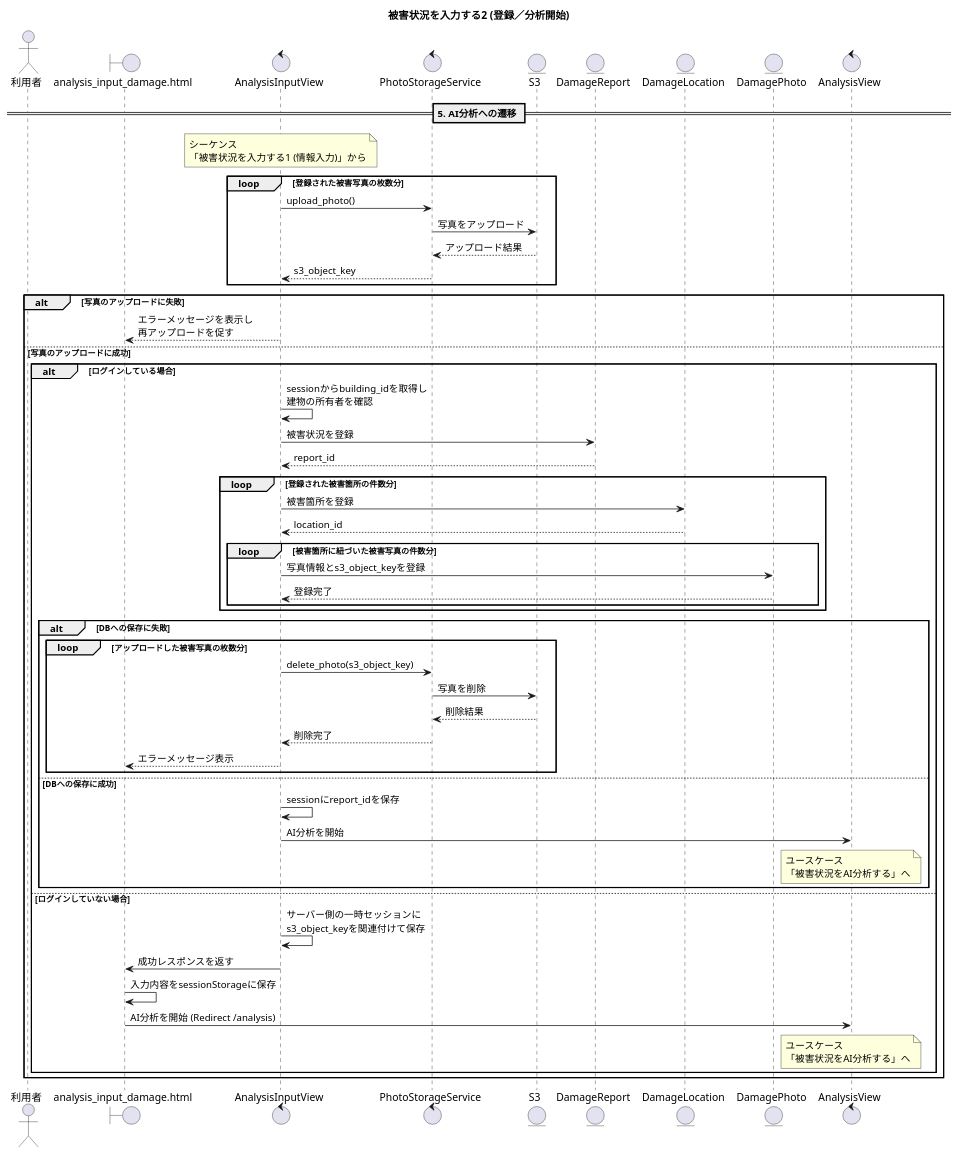
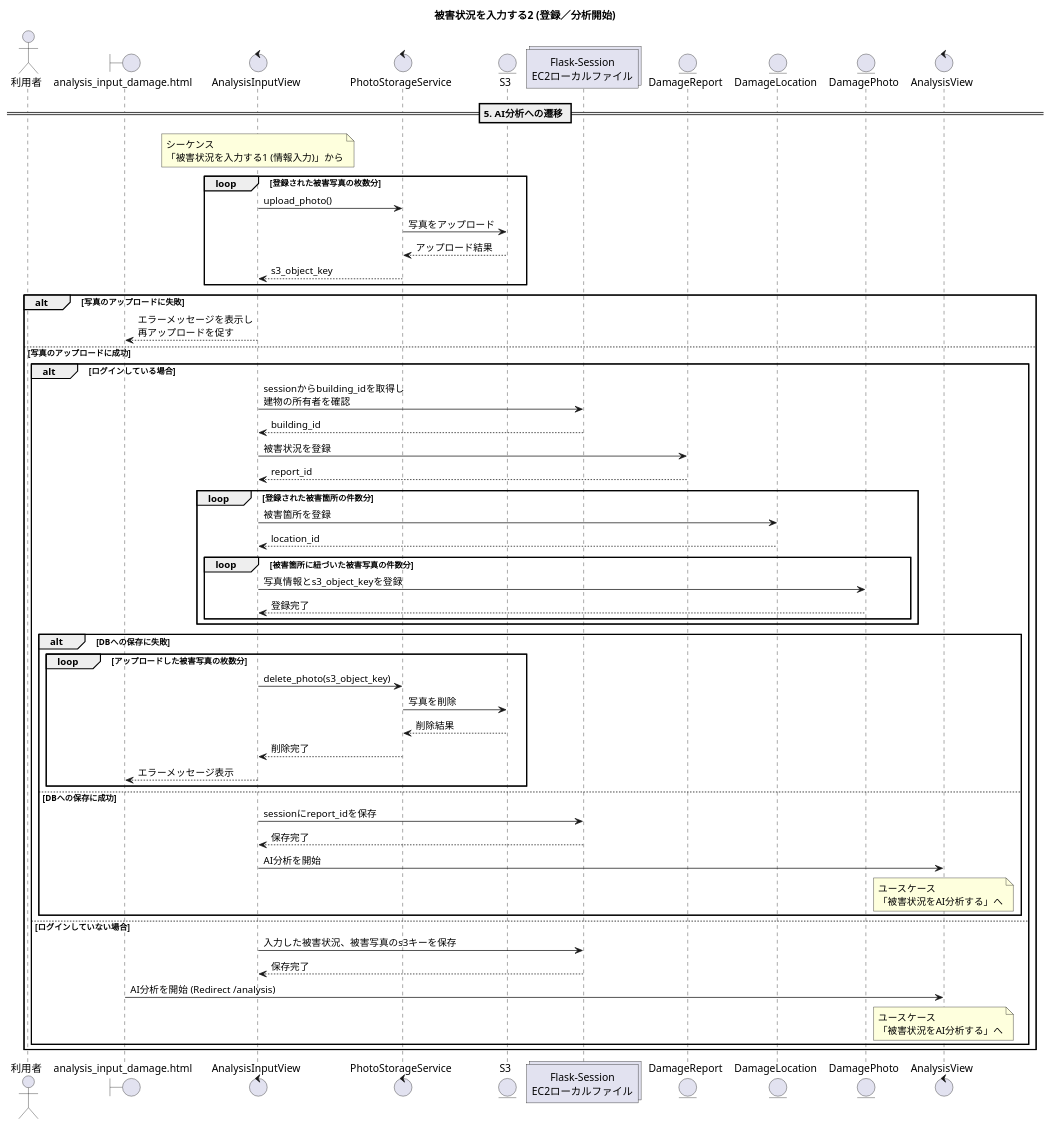
One commit to Kotarou-Tanoue/tanouesoftware changed the fifth of 17 diagrams in 20_システム設計書/図24_シーケンス.puml. Above: the diagram before and after it, drawn with PlantUML. The commit also changed other lines of this file and 3 other files, not shown here.

```diff
--- a/20_システム設計書/図24_シーケンス.puml
+++ b/20_システム設計書/図24_シーケンス.puml
@@ -272,59 +281,61 @@
 @startuml 被害状況を入力する_2
     title 被害状況を入力する2 (登録／分析開始)
 
     actor "利用者" as a1
     boundary "analysis_input_damage.html" as b1
     control "AnalysisInputView" as c1
     control "PhotoStorageService" as s1
     entity "S3" as S3
+    collections "Flask-Session\nEC2ローカルファイル" as sess
     entity "DamageReport" as e1
     entity "DamageLocation" as e2
     entity "DamagePhoto" as e3
     control "AnalysisView" as c2
 
     == 5. AI分析への遷移 ==
     note over c1 : シーケンス\n「被害状況を入力する1 (情報入力)」から
     loop 登録された被害写真の枚数分
         c1 -> s1 : upload_photo()
         s1 -> S3 : 写真をアップロード
         S3 --> s1 : アップロード結果
         s1 --> c1 : s3_object_key
     end
     alt 写真のアップロードに失敗
         c1 --> b1 : エラーメッセージを表示し\n再アップロードを促す
     else 写真のアップロードに成功
         alt ログインしている場合
-            c1 -> c1 : sessionからbuilding_idを取得し\n建物の所有者を確認
+            c1 -> sess : sessionからbuilding_idを取得し\n建物の所有者を確認
+            sess --> c1 : building_id
             c1 -> e1 : 被害状況を登録
             e1 --> c1 : report_id
 
             loop 登録された被害箇所の件数分
                 c1 -> e2 : 被害箇所を登録
                 e2 --> c1 : location_id
                 loop 被害箇所に紐づいた被害写真の件数分
                     c1 -> e3 : 写真情報とs3_object_keyを登録
                     e3 --> c1 : 登録完了
                 end
             end
             alt DBへの保存に失敗
                 loop アップロードした被害写真の枚数分
                     c1 -> s1 : delete_photo(s3_object_key)
                     s1 -> S3 : 写真を削除
                     S3 --> s1 : 削除結果
                     s1 --> c1 : 削除完了
                     c1 --> b1 : エラーメッセージ表示
                 end
             else DBへの保存に成功
-                c1 -> c1 : sessionにreport_idを保存
+                c1 -> sess : sessionにreport_idを保存
+                sess --> c1 : 保存完了
                 c1 -> c2 : AI分析を開始
                 note over c2 : ユースケース\n「被害状況をAI分析する」へ
             end
         else ログインしていない場合
-            c1 -> c1 : サーバー側の一時セッションに\ns3_object_keyを関連付けて保存
-            c1 -> b1 : 成功レスポンスを返す
-            b1 -> b1 : 入力内容をsessionStorageに保存
+            c1 -> sess : 入力した被害状況、被害写真のs3キーを保存
+            sess --> c1 : 保存完了
             b1 -> c2 : AI分析を開始 (Redirect /analysis)
             note over c2 : ユースケース\n「被害状況をAI分析する」へ
         end
     end
 @enduml
```
